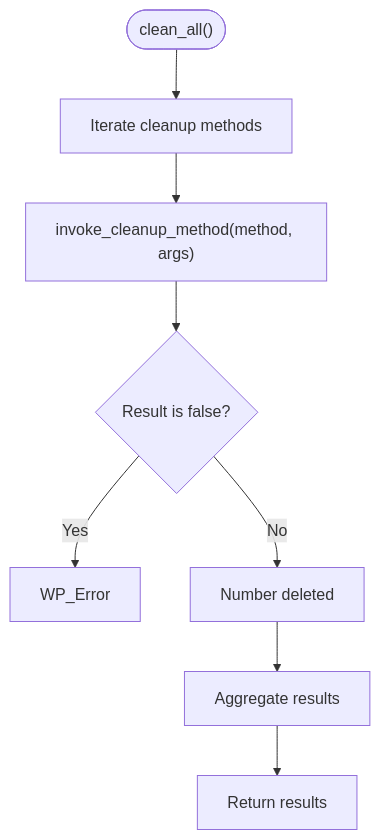
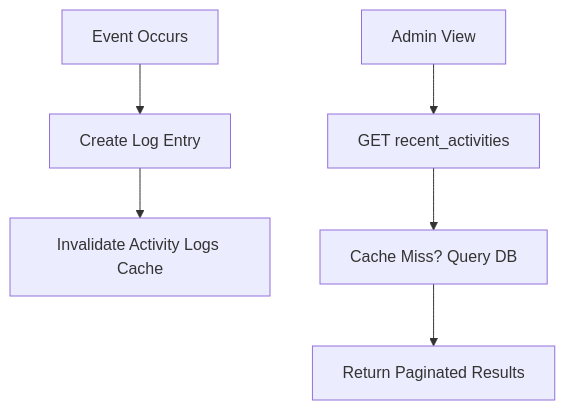
Before and after one commit to nilesh32236/performance-optimisation: the seventh of 10 diagrams in .qoder/repowiki/en/content/Troubleshooting & Support.md, drawn with Mermaid. The commit also changed other lines of this file and 46 other files, not shown here.

````diff
--- a/.qoder/repowiki/en/content/Troubleshooting & Support.md
+++ b/.qoder/repowiki/en/content/Troubleshooting & Support.md
@@ -331,10 +270,8 @@
 ```mermaid
 flowchart TD
-Start(["clean_all()"]) --> Methods["Iterate cleanup methods"]
-Methods --> Invoke["invoke_cleanup_method(method, args)"]
-Invoke --> Result{"Result is false?"}
-Result --> |Yes| Error["WP_Error"]
-Result --> |No| Count["Number deleted"]
-Count --> Aggregate["Aggregate results"]
-Aggregate --> Return["Return results"]
+A["Event Occurs"] --> B["Create Log Entry"]
+B --> C["Invalidate Activity Logs Cache"]
+D["Admin View"] --> E["GET recent_activities"]
+E --> F["Cache Miss? Query DB"]
+F --> G["Return Paginated Results"]
 ```
````
